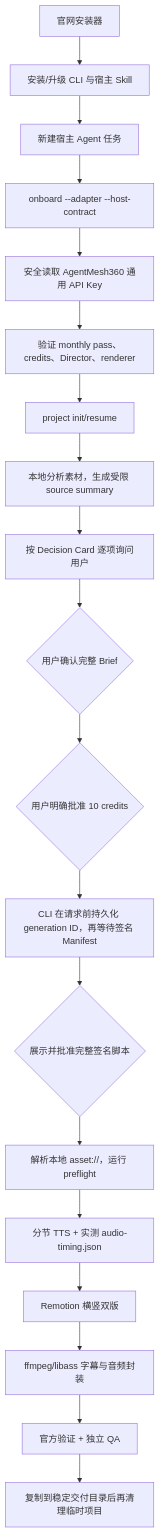
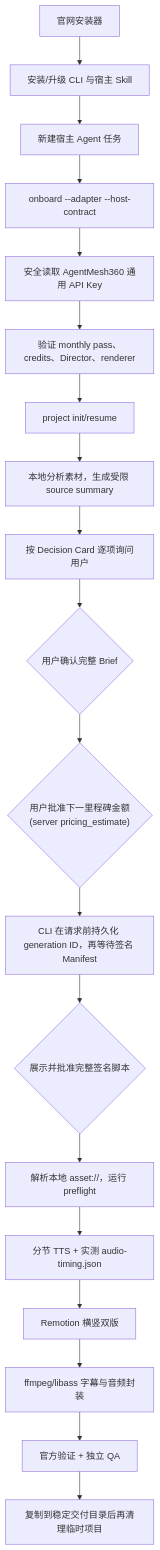
One commit to jiyangnan/AgentMesh-Lecturecast changed the diagram in docs/COMMERCIAL-WORKFLOW-LESSONS.zh.md. Above: the diagram before and after it, drawn with Mermaid. The commit also changed 2 other files, not shown here.

Commit message:
docs: sync director-workflow + commercial docs to per-milestone billing (§5.5c)
Updates the three host-agent behavioral contracts from the retired single-
Manifest/10-credit model to per-milestone billing:

- skills/shared/director-workflow.md: approval is for the next milestone's
  server-authoritative cost (workflow.pricing_estimate.next_milestone_cost);
  minimum/maximum are advisory disclosure, not a start gate.
- docs/COMMERCIAL-WORKFLOW-LESSONS.zh.md: approval node updated to
  per-milestone server estimate.
- src/lecturecast/commands/onboard.py: balance message no longer mentions
  'insufficient 10 credits' (balance is advisory, not a gate).

78 tests green.

````diff
--- a/docs/COMMERCIAL-WORKFLOW-LESSONS.zh.md
+++ b/docs/COMMERCIAL-WORKFLOW-LESSONS.zh.md
@@ -32,21 +32,21 @@
 ```mermaid
 flowchart TD
     A["官网安装器"] --> B["安装/升级 CLI 与宿主 Skill"]
     B --> C["新建宿主 Agent 任务"]
     C --> D["onboard --adapter --host-contract"]
     D --> E["安全读取 AgentMesh360 通用 API Key"]
     E --> F["验证 monthly pass、credits、Director、renderer"]
     F --> G["project init/resume"]
     G --> H["本地分析素材，生成受限 source summary"]
     H --> I["按 Decision Card 逐项询问用户"]
     I --> J{"用户确认完整 Brief"}
-    J --> K{"用户明确批准 10 credits"}
+    J --> K{"用户批准下一里程碑金额\n(server pricing_estimate)"}
     K --> L["CLI 在请求前持久化 generation ID，再等待签名 Manifest"]
     L --> M{"展示并批准完整签名脚本"}
     M --> N["解析本地 asset://，运行 preflight"]
     N --> O["分节 TTS + 实测 audio-timing.json"]
     O --> P["Remotion 横竖双版"]
     P --> Q["ffmpeg/libass 字幕与音频封装"]
     Q --> R["官方验证 + 独立 QA"]
     R --> S["复制到稳定交付目录后再清理临时项目"]
 ```
````
